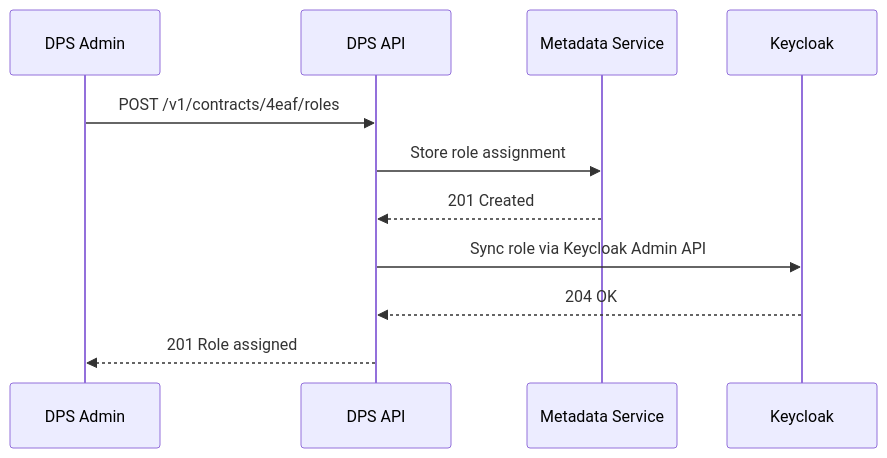
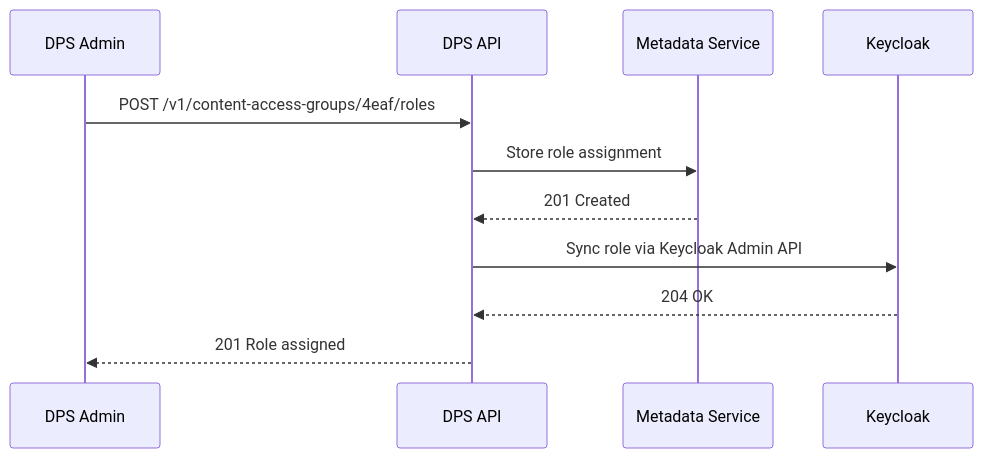
Before and after one commit to NationalLibraryOfNorway/digitalpreservation-blog.nb.no: the first of 2 diagrams in content/docs/dps/agreements/_index.md, drawn with Mermaid. The commit also changed other lines of this file, not shown here.

````diff
--- a/content/docs/dps/agreements/_index.md
+++ b/content/docs/dps/agreements/_index.md
@@ -116,14 +120,14 @@
 ```mermaid
 sequenceDiagram
     participant Admin as DPS Admin
     participant API as DPS API
     participant Meta as Metadata Service
     participant KC as Keycloak
 
-    Admin->>API: POST /v1/contracts/4eaf/roles
+    Admin->>API: POST /v1/content-access-groups/4eaf/roles
     API->>Meta: Store role assignment
     Meta-->>API: 201 Created
     API->>KC: Sync role via Keycloak Admin API
     KC-->>API: 204 OK
     API-->>Admin: 201 Role assigned
 ```
````
